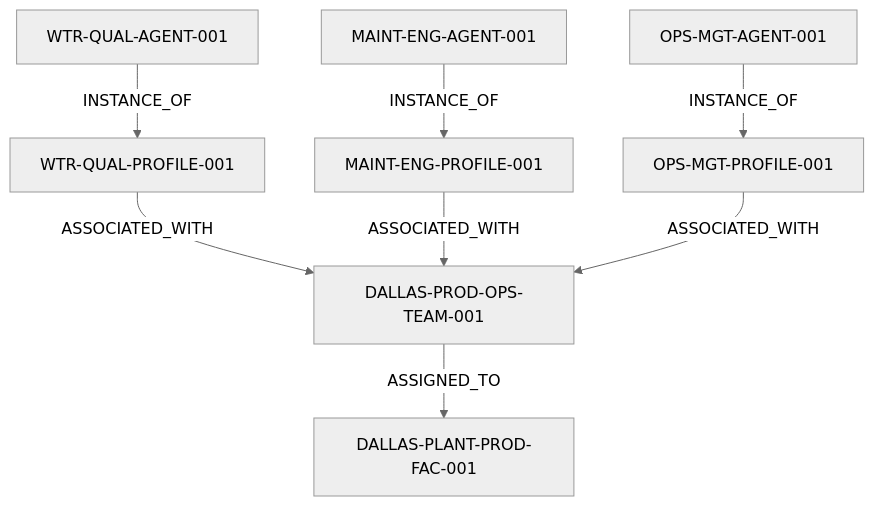
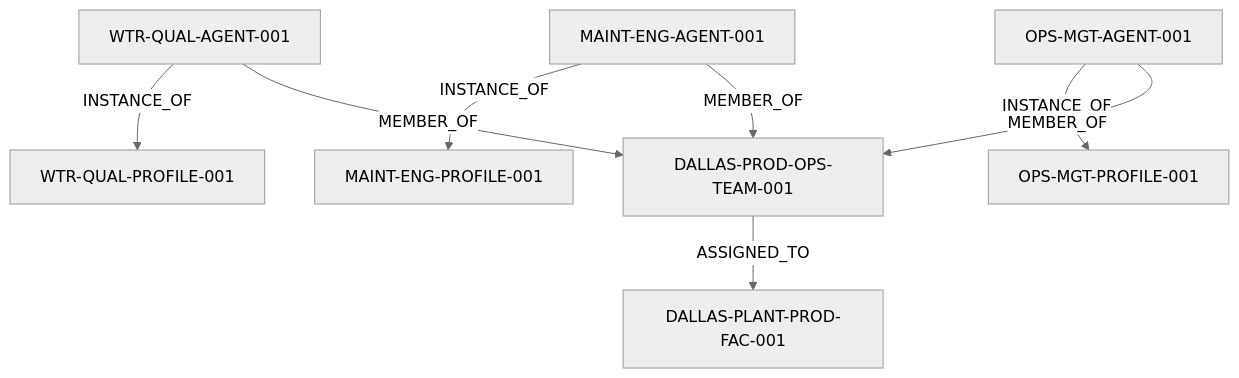
One commit to XMPro/Multi-Agent changed the first of 7 diagrams in docs/architecture/README.md. Above: the diagram before and after it, drawn with Mermaid (neutral theme).

````diff
--- a/docs/architecture/README.md
+++ b/docs/architecture/README.md
@@ -35,10 +35,10 @@
 ```mermaid
 graph TD
     A[WTR-QUAL-AGENT-001] -->|INSTANCE_OF| B[WTR-QUAL-PROFILE-001]
     C[MAINT-ENG-AGENT-001] -->|INSTANCE_OF| D[MAINT-ENG-PROFILE-001]
     E[OPS-MGT-AGENT-001] -->|INSTANCE_OF| F[OPS-MGT-PROFILE-001]
-    B -->|ASSOCIATED_WITH| G[DALLAS-PROD-OPS-TEAM-001]
-    D -->|ASSOCIATED_WITH| G
-    F -->|ASSOCIATED_WITH| G
+    A -->|MEMBER_OF| G[DALLAS-PROD-OPS-TEAM-001]
+    C -->|MEMBER_OF| G
+    E -->|MEMBER_OF| G
     G -->|ASSIGNED_TO| H[DALLAS-PLANT-PROD-FAC-001]
 ```
````
